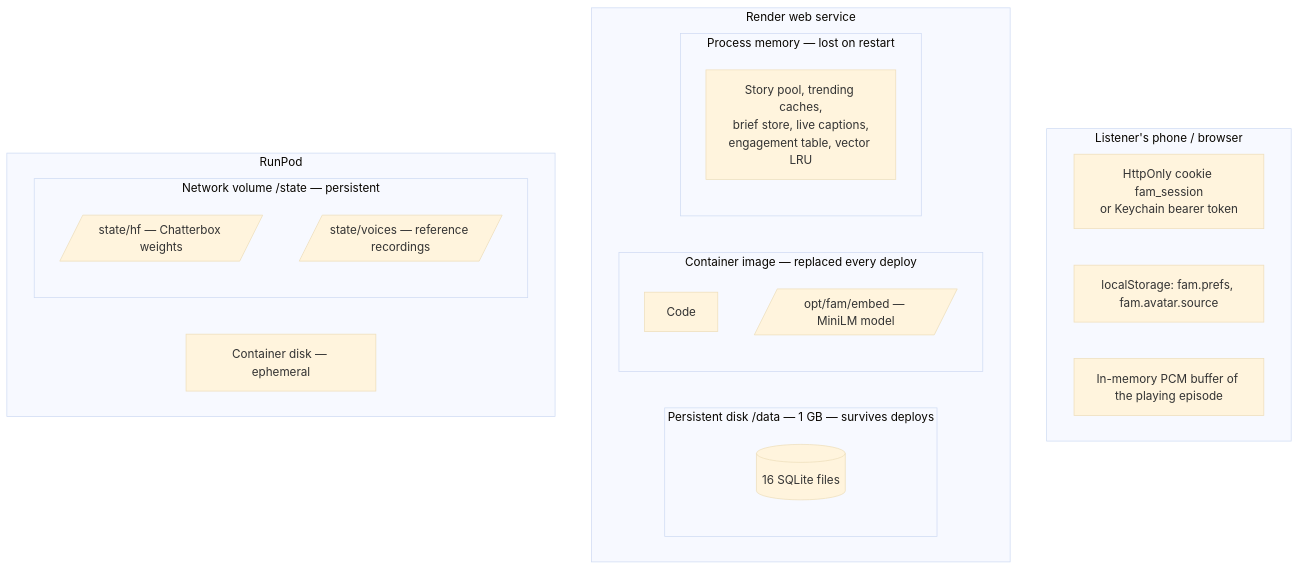
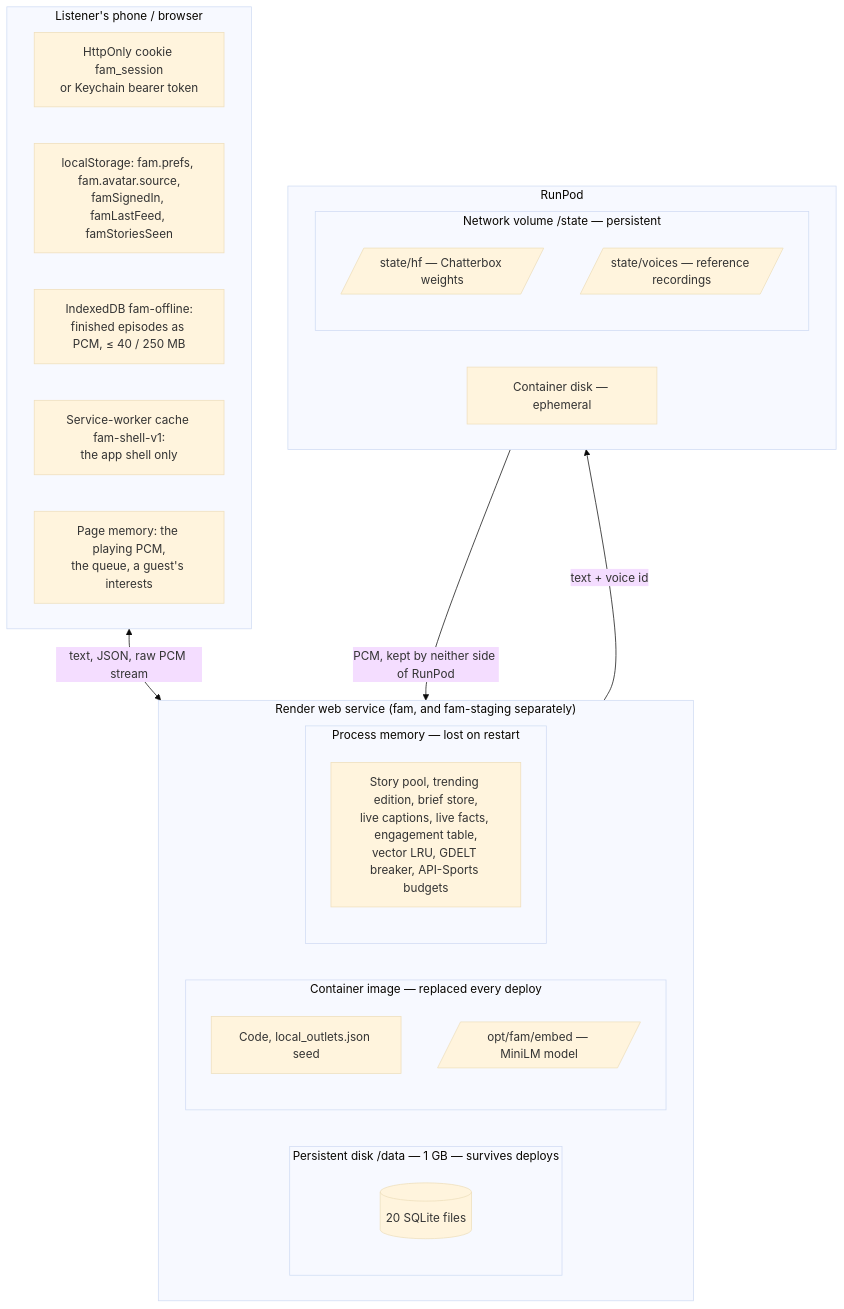
Before and after one commit to tjweingart-byte/FAM: the first of 3 diagrams in docs/DATA.md, drawn with Mermaid (base theme). The commit also changed other lines of this file, not shown here.

````diff
--- a/docs/DATA.md
+++ b/docs/DATA.md
@@ -23,27 +31,32 @@
 ```mermaid
 flowchart TB
   subgraph Client["Listener's phone / browser"]
     C1[HttpOnly cookie fam_session<br/>or Keychain bearer token]
-    C2[localStorage: fam.prefs, fam.avatar.source]
-    C3[In-memory PCM buffer of the playing episode]
+    C2[localStorage: fam.prefs, fam.avatar.source,<br/>famSignedIn, famLastFeed, famStoriesSeen]
+    C3[IndexedDB fam-offline:<br/>finished episodes as PCM, ≤ 40 / 250 MB]
+    C4[Service-worker cache fam-shell-v1:<br/>the app shell only]
+    C5[Page memory: the playing PCM,<br/>the queue, a guest's interests]
   end
-  subgraph Render["Render web service"]
+  subgraph Render["Render web service (fam, and fam-staging separately)"]
     subgraph Disk["Persistent disk /data — 1 GB — survives deploys"]
-      D1[(16 SQLite files)]
+      D1[(20 SQLite files)]
     end
     subgraph Image["Container image — replaced every deploy"]
-      I1[Code]
+      I1[Code, local_outlets.json seed]
       I2[/opt/fam/embed — MiniLM model/]
     end
     subgraph Mem["Process memory — lost on restart"]
-      M1[Story pool, trending caches,<br/>brief store, live captions,<br/>engagement table, vector LRU]
+      M1[Story pool, trending edition, brief store,<br/>live captions, live facts, engagement table,<br/>vector LRU, GDELT breaker, API-Sports budgets]
     end
   end
   subgraph RunPod
     subgraph Vol["Network volume /state — persistent"]
       R1[/state/hf — Chatterbox weights/]
       R2[/state/voices — reference recordings/]
     end
     R3[Container disk — ephemeral]
   end
+  Client <-- "text, JSON, raw PCM stream" --> Render
+  Render -- "text + voice id" --> RunPod
+  RunPod -- "PCM, kept by neither side of RunPod" --> Render
 ```
````
